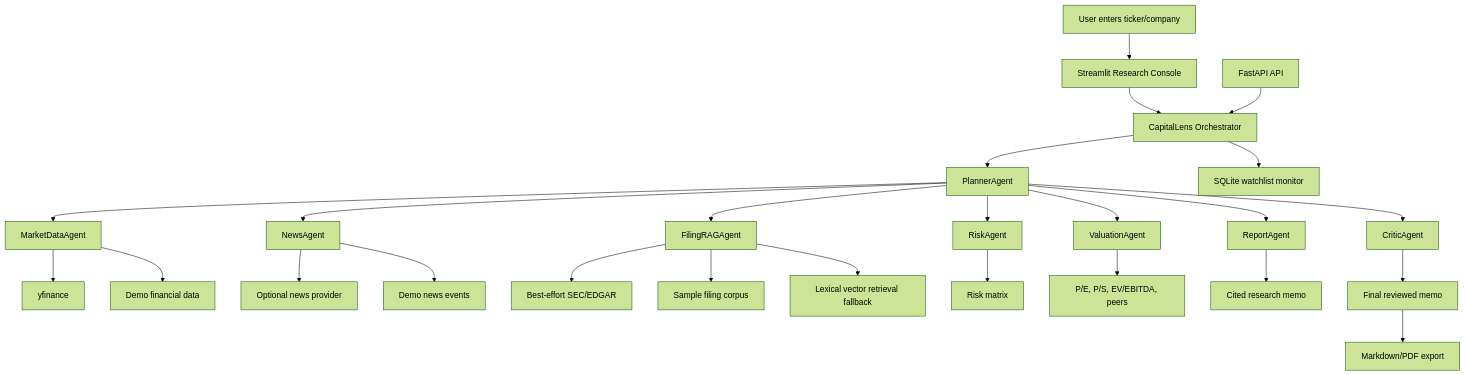
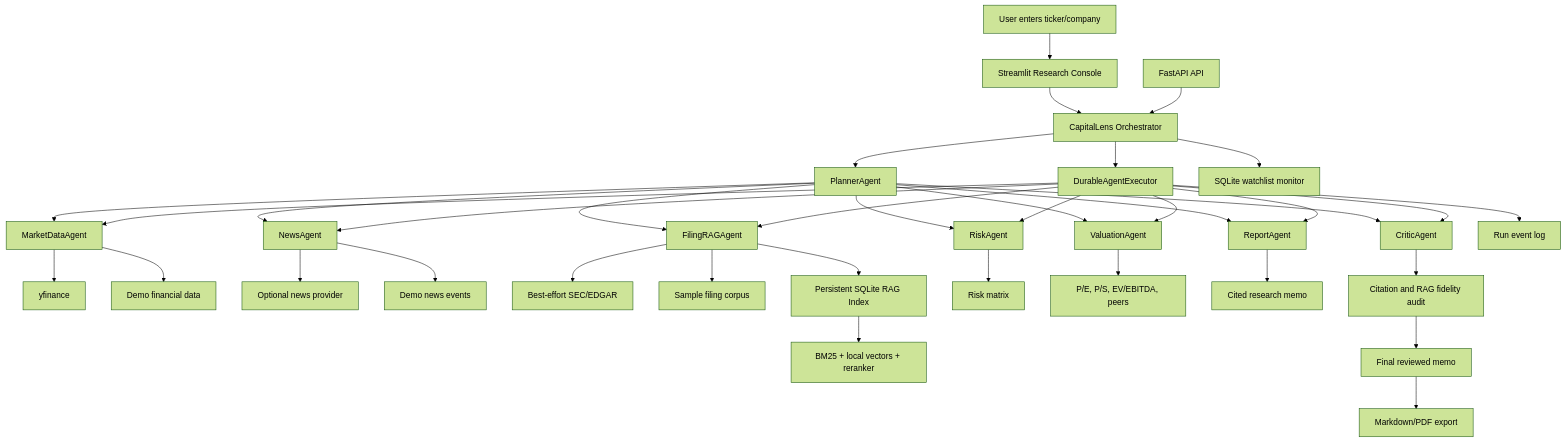
One commit to Sai-Vivek17/capital-lens-ai changed the diagram in README.md. Above: the diagram before and after it, drawn with Mermaid (forest theme). The commit also changed other lines of this file and 18 other files, not shown here.

Commit message:
Phase 2: add durable agents and advanced RAG

````diff
--- a/README.md
+++ b/README.md
@@ -54,31 +68,43 @@
 ```mermaid
 flowchart TD
     User["User enters ticker/company"] --> UI["Streamlit Research Console"]
     UI --> Orchestrator["CapitalLens Orchestrator"]
     API["FastAPI API"] --> Orchestrator
 
     Orchestrator --> Planner["PlannerAgent"]
+    Orchestrator --> Durable["DurableAgentExecutor"]
     Planner --> Market["MarketDataAgent"]
     Planner --> News["NewsAgent"]
     Planner --> Filing["FilingRAGAgent"]
     Planner --> Risk["RiskAgent"]
     Planner --> Valuation["ValuationAgent"]
     Planner --> Report["ReportAgent"]
     Planner --> Critic["CriticAgent"]
 
     Market --> YFinance["yfinance"]
     Market --> DemoData["Demo financial data"]
     News --> NewsAPI["Optional news provider"]
     News --> DemoNews["Demo news events"]
+    Durable --> Market
+    Durable --> News
+    Durable --> Filing
+    Durable --> Risk
+    Durable --> Valuation
+    Durable --> Report
+    Durable --> Critic
+
     Filing --> SEC["Best-effort SEC/EDGAR"]
     Filing --> Corpus["Sample filing corpus"]
-    Filing --> Retriever["Lexical vector retrieval fallback"]
+    Filing --> RAGStore["Persistent SQLite RAG Index"]
+    RAGStore --> Retriever["BM25 + local vectors + reranker"]
 
     Risk --> Matrix["Risk matrix"]
     Valuation --> Multiples["P/E, P/S, EV/EBITDA, peers"]
     Report --> Memo["Cited research memo"]
-    Critic --> Final["Final reviewed memo"]
+    Critic --> Audit["Citation and RAG fidelity audit"]
+    Audit --> Final["Final reviewed memo"]
     Final --> Export["Markdown/PDF export"]
 
     Orchestrator --> Watchlist["SQLite watchlist monitor"]
+    Durable --> Events["Run event log"]
 ```
````
